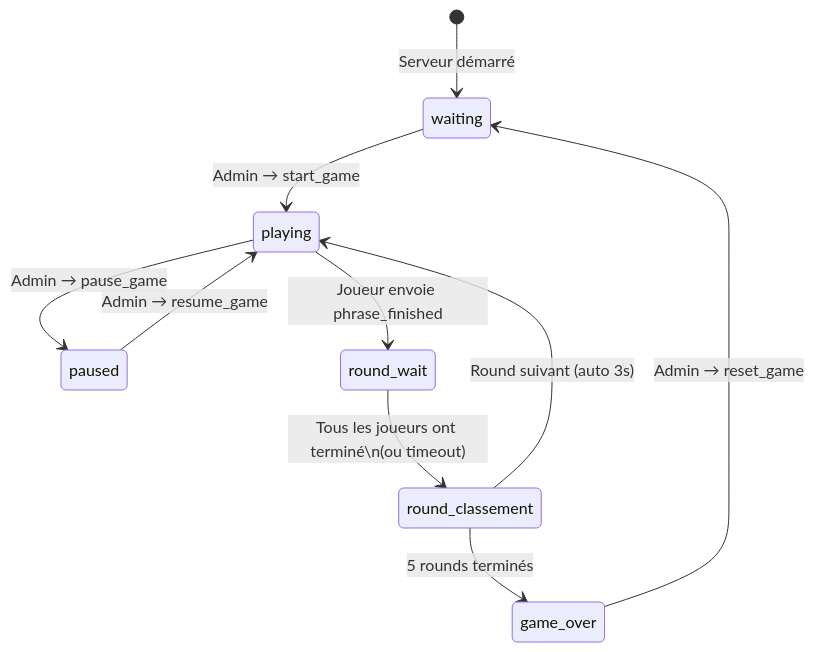
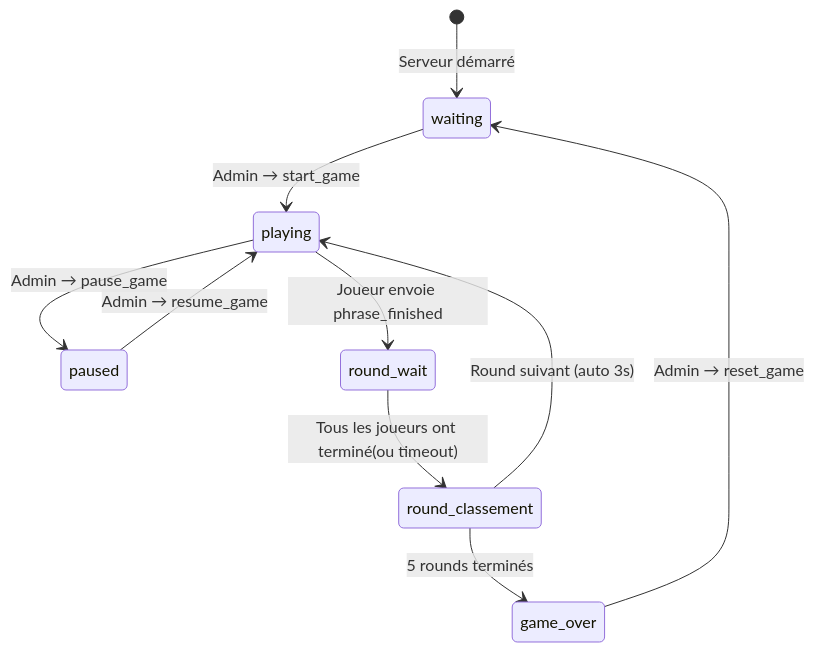
One commit to EnterNAthan/RaceTyper changed the seventh of 17 diagrams in ARCHITECTURE.md. Above: the diagram before and after it, drawn with Mermaid. The commit also changed other lines of this file, not shown here.

Commit message:
fix architecture markdown

````diff
--- a/ARCHITECTURE.md
+++ b/ARCHITECTURE.md
@@ -283,12 +283,12 @@
 ```mermaid
 stateDiagram-v2
     [*] --> waiting : Serveur démarré
     waiting --> playing : Admin → start_game
     playing --> paused : Admin → pause_game
     paused --> playing : Admin → resume_game
     playing --> round_wait : Joueur envoie phrase_finished
-    round_wait --> round_classement : Tous les joueurs ont terminé\n(ou timeout)
+    round_wait --> round_classement : Tous les joueurs ont terminé(ou timeout)
     round_classement --> playing : Round suivant (auto 3s)
     round_classement --> game_over : 5 rounds terminés
     game_over --> waiting : Admin → reset_game
 ```
````
